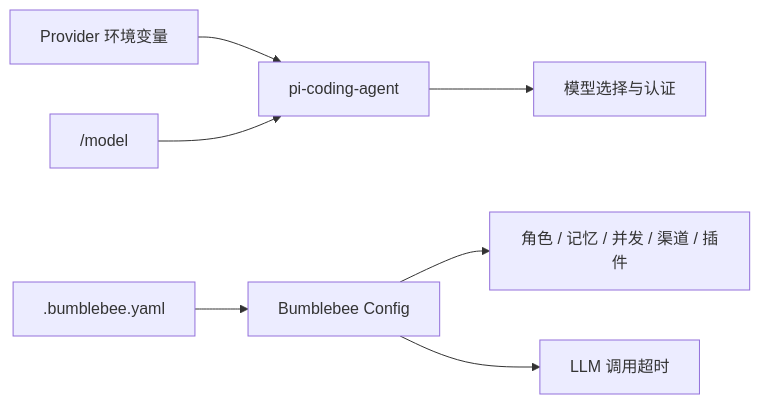
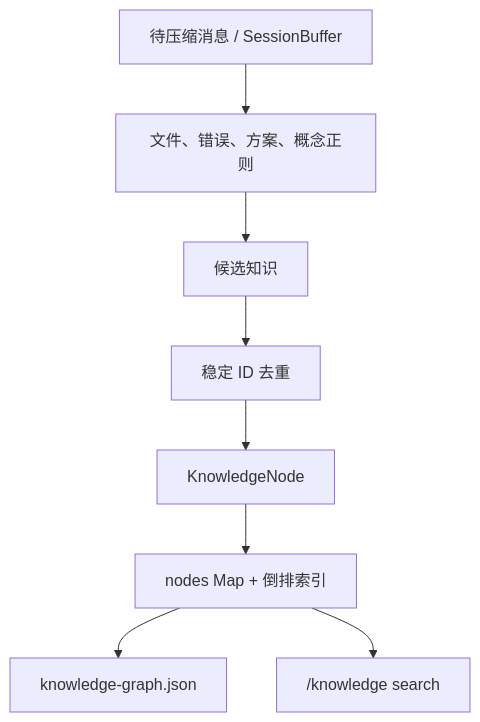
Before and after one commit to ReadNULL/Bumblebee: the fifth of 9 diagrams in docs/interview-guide.md, drawn with Mermaid. The commit also changed other lines of this file and 5 other files, not shown here.

````diff
--- a/docs/interview-guide.md
+++ b/docs/interview-guide.md
@@ -173,10 +396,10 @@
 ```mermaid
-flowchart LR
-    Env["Provider 环境变量"] --> Pi["pi-coding-agent"]
-    Model["/model"] --> Pi
-    Pi --> Session["模型选择与认证"]
-
-    YAML[".bumblebee.yaml"] --> Bumblebee["Bumblebee Config"]
-    Bumblebee --> Behavior["角色 / 记忆 / 并发 / 渠道 / 插件"]
-    Bumblebee --> Timeout["LLM 调用超时"]
+flowchart TD
+    Messages["待压缩消息 / SessionBuffer"] --> Rules["文件、错误、方案、概念正则"]
+    Rules --> Candidate["候选知识"]
+    Candidate --> StableId["稳定 ID 去重"]
+    StableId --> Node["KnowledgeNode"]
+    Node --> Maps["nodes Map + 倒排索引"]
+    Maps --> Save["knowledge-graph.json"]
+    Maps --> Manual["/knowledge search"]
 ```
````
